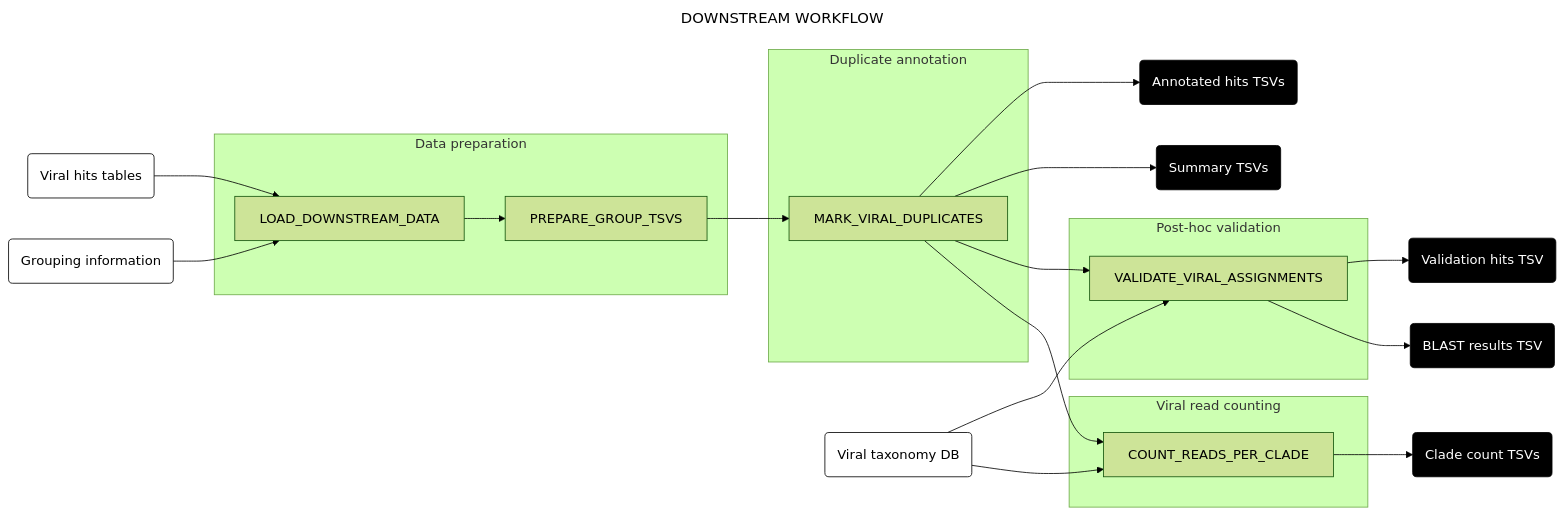
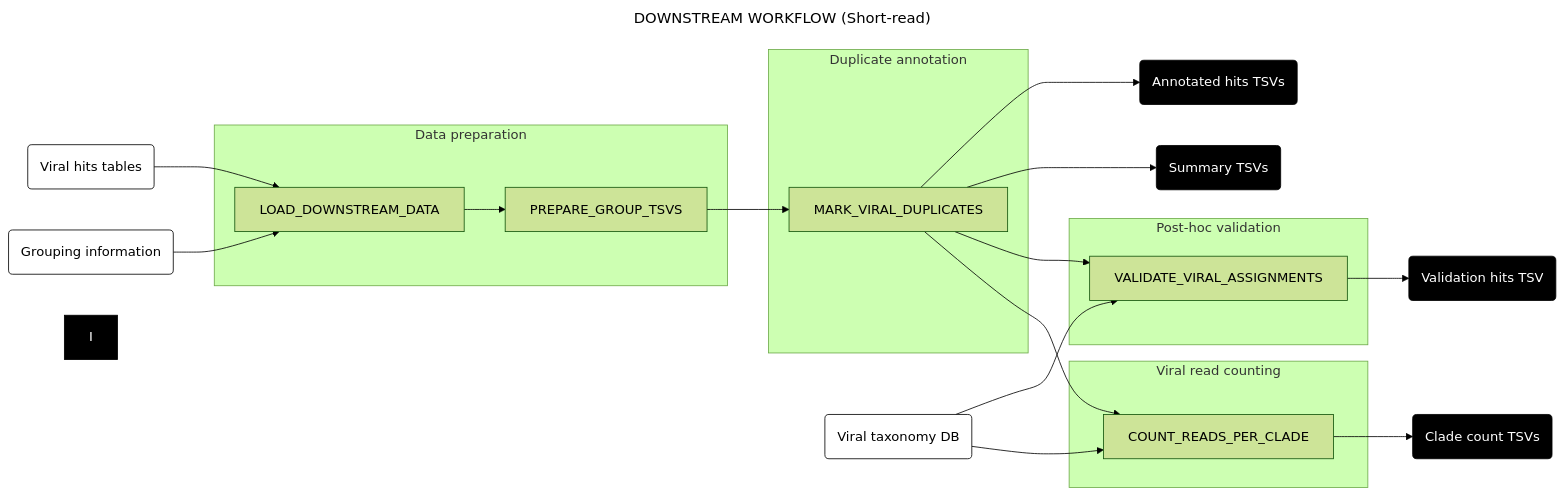
Before and after one commit to securebio/nao-mgs-workflow: the first of 10 diagrams in docs/downstream.md, drawn with Mermaid (forest theme). The commit also changed other lines of this file and 1 other file, not shown here.

Commit message:
Amending downstream.md to detail long-read functionality.

````diff
--- a/docs/downstream.md
+++ b/docs/downstream.md
@@ -13,41 +15,40 @@
 ```mermaid
 ---
-title: DOWNSTREAM WORKFLOW
+title: DOWNSTREAM WORKFLOW (Short-read)
 config:
   layout: horizontal
 ---
 flowchart LR
 A(Viral hits tables) & B(Grouping information) --> C[LOAD_DOWNSTREAM_DATA]
 C --> D[PREPARE_GROUP_TSVS]
 D --> E[MARK_VIRAL_DUPLICATES]
 E --> J(Annotated hits TSVs)
 E --> K(Summary TSVs)
 E --> F[VALIDATE_VIRAL_ASSIGNMENTS]
 G(Viral taxonomy DB) --> F
 F --> H(Validation hits TSV)
-F --> I(BLAST results TSV)
 G --> L[COUNT_READS_PER_CLADE]
 E --> L
 L --> M(Clade count TSVs)
 subgraph "Data preparation"
 C
 D
 end
 subgraph "Duplicate annotation"
 E
 end
 subgraph "Post-hoc validation"
 F
 end
 subgraph "Viral read counting"
 L
 end
 style A fill:#fff,stroke:#000
 style B fill:#fff,stroke:#000
 style G fill:#fff,stroke:#000
 style H fill:#000,color:#fff,stroke:#000
 style I fill:#000,color:#fff,stroke:#000
 style J fill:#000,color:#fff,stroke:#000
 style K fill:#000,color:#fff,stroke:#000
 style M fill:#000,color:#fff,stroke:#000
 ```
````
